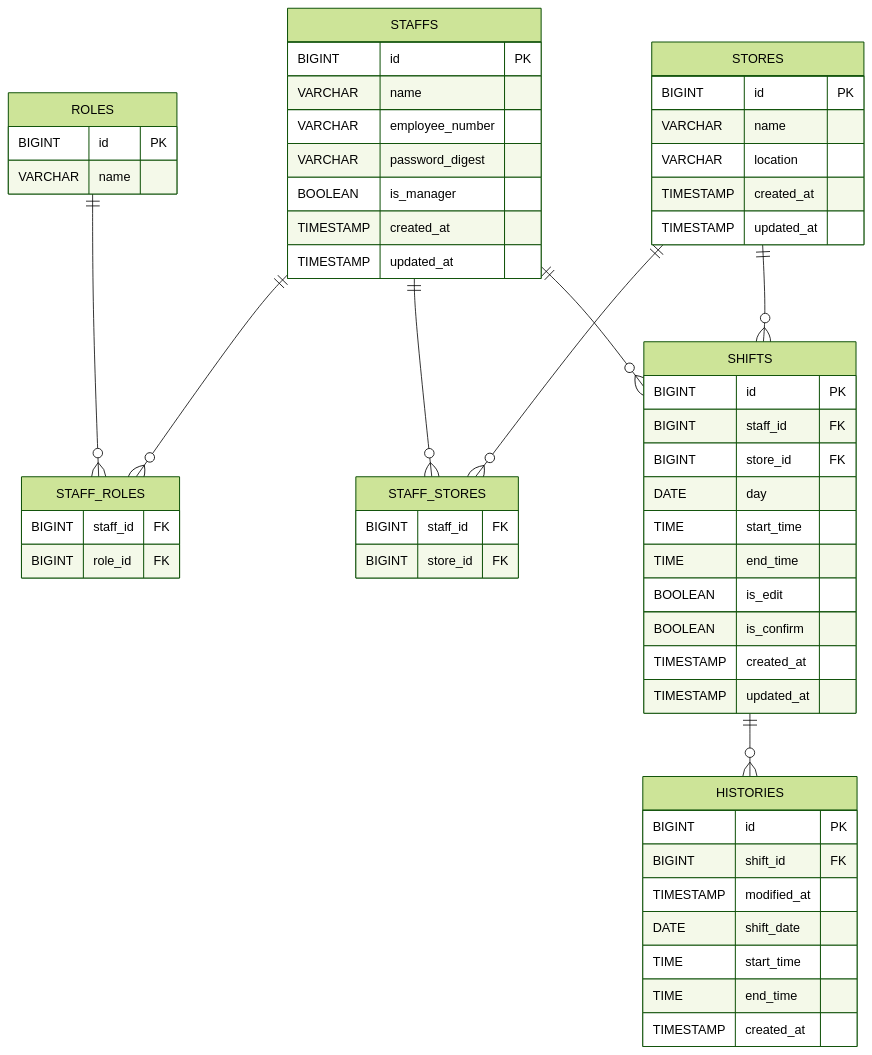
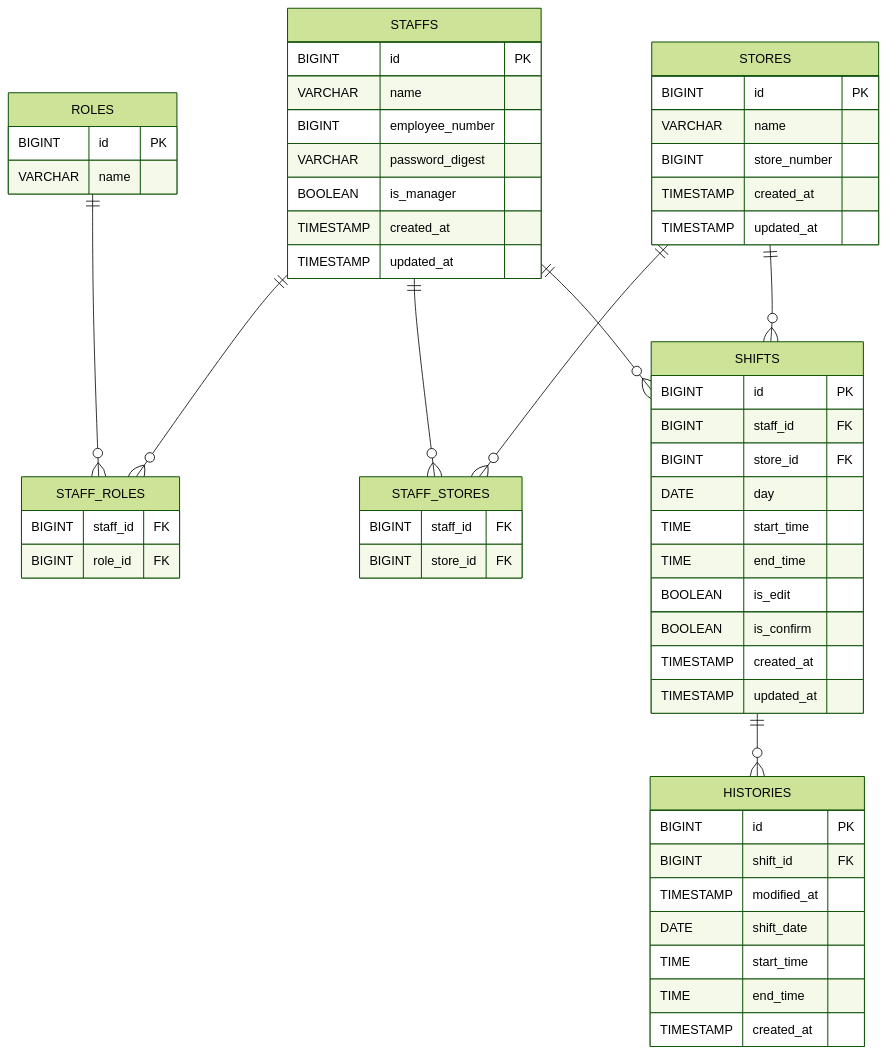
Before and after one commit to haruki1227041209/shifru: the diagram in document/7ER図.md, drawn with Mermaid (forest theme). The commit also changed 1 other file, not shown here.

Commit message:
テーブル設計変更

````diff
--- a/document/7ER図.md
+++ b/document/7ER図.md
@@ -1,67 +1,67 @@
 ```mermaid
 erDiagram
     STAFFS {
         BIGINT id PK
         VARCHAR name
-        VARCHAR employee_number
+        BIGINT employee_number
         VARCHAR password_digest
         BOOLEAN is_manager
         TIMESTAMP created_at
         TIMESTAMP updated_at
     }
 
     STORES {
         BIGINT id PK
         VARCHAR name
-        VARCHAR location
+        BIGINT store_number
         TIMESTAMP created_at
         TIMESTAMP updated_at
     }
 
     SHIFTS {
         BIGINT id PK
         BIGINT staff_id FK
         BIGINT store_id FK
         DATE day
         TIME start_time
         TIME end_time
         BOOLEAN is_edit
         BOOLEAN is_confirm
         TIMESTAMP created_at
         TIMESTAMP updated_at
     }
 
     HISTORIES {
         BIGINT id PK
         BIGINT shift_id FK
         TIMESTAMP modified_at
         DATE shift_date
         TIME start_time
         TIME end_time
         TIMESTAMP created_at
     }
 
     ROLES {
         BIGINT id PK
         VARCHAR name
     }
 
     STAFF_ROLES {
         BIGINT staff_id FK
         BIGINT role_id FK
     }
 
     STAFF_STORES {
         BIGINT staff_id FK
         BIGINT store_id FK
     }
 
     %% Relationships
     ROLES ||--o{ STAFF_ROLES : ""
     STAFFS ||--o{ STAFF_ROLES : ""
     STAFFS ||--o{ STAFF_STORES : ""
     STORES ||--o{ STAFF_STORES : ""
     STAFFS ||--o{ SHIFTS : ""
     STORES ||--o{ SHIFTS : ""
     SHIFTS ||--o{ HISTORIES : ""
 ```
````
